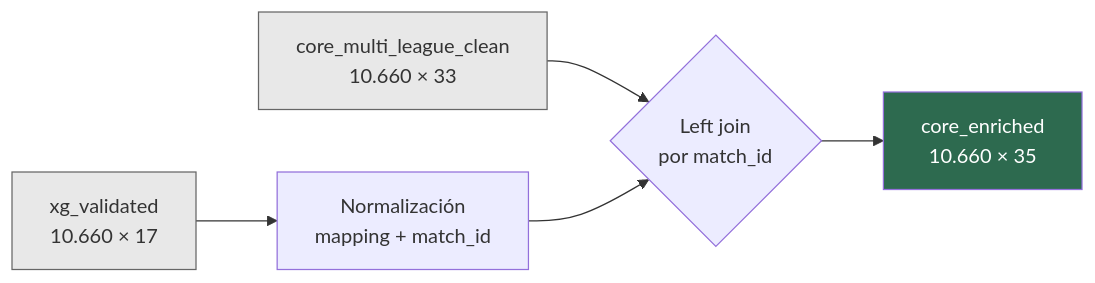
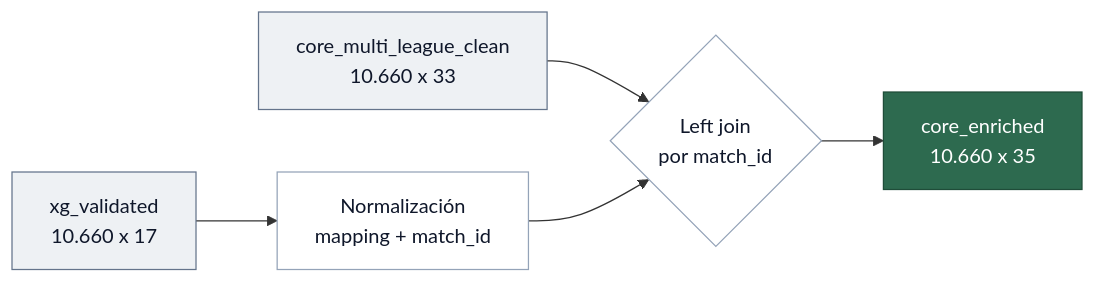
One commit to jorgepais02/PitchLens changed the first of 2 diagrams in docs/05_merge_xg.md. Above: the diagram before and after it, drawn with Mermaid. The commit also changed other lines of this file and 8 other files, not shown here.

````diff
--- a/docs/05_merge_xg.md
+++ b/docs/05_merge_xg.md
@@ -10,10 +10,14 @@
 ```mermaid
 graph LR
-    A[core_multi_league_clean\n10.660 × 33] --> M{Left join\npor match_id}
-    B[xg_validated\n10.660 × 17] --> N[Normalización\nmapping + match_id] --> M
-    M --> C[core_enriched\n10.660 × 35]
+    classDef src fill:#eef1f4,stroke:#64748b,color:#0f172a,stroke-width:1px
+    classDef step fill:#ffffff,stroke:#94a3b8,color:#0f172a,stroke-width:1px
+    classDef out fill:#2d6a4f,stroke:#1f4d39,color:#ffffff,stroke-width:1px
 
-    style A fill:#e8e8e8,stroke:#666
-    style B fill:#e8e8e8,stroke:#666
-    style C fill:#2d6a4f,color:#fff
+    A[core_multi_league_clean<br/>10.660 x 33] --> M{Left join<br/>por match_id}
+    B[xg_validated<br/>10.660 x 17] --> N[Normalización<br/>mapping + match_id] --> M
+    M --> C[core_enriched<br/>10.660 x 35]
+
+    class A,B src
+    class M,N step
+    class C out
 ```
````
